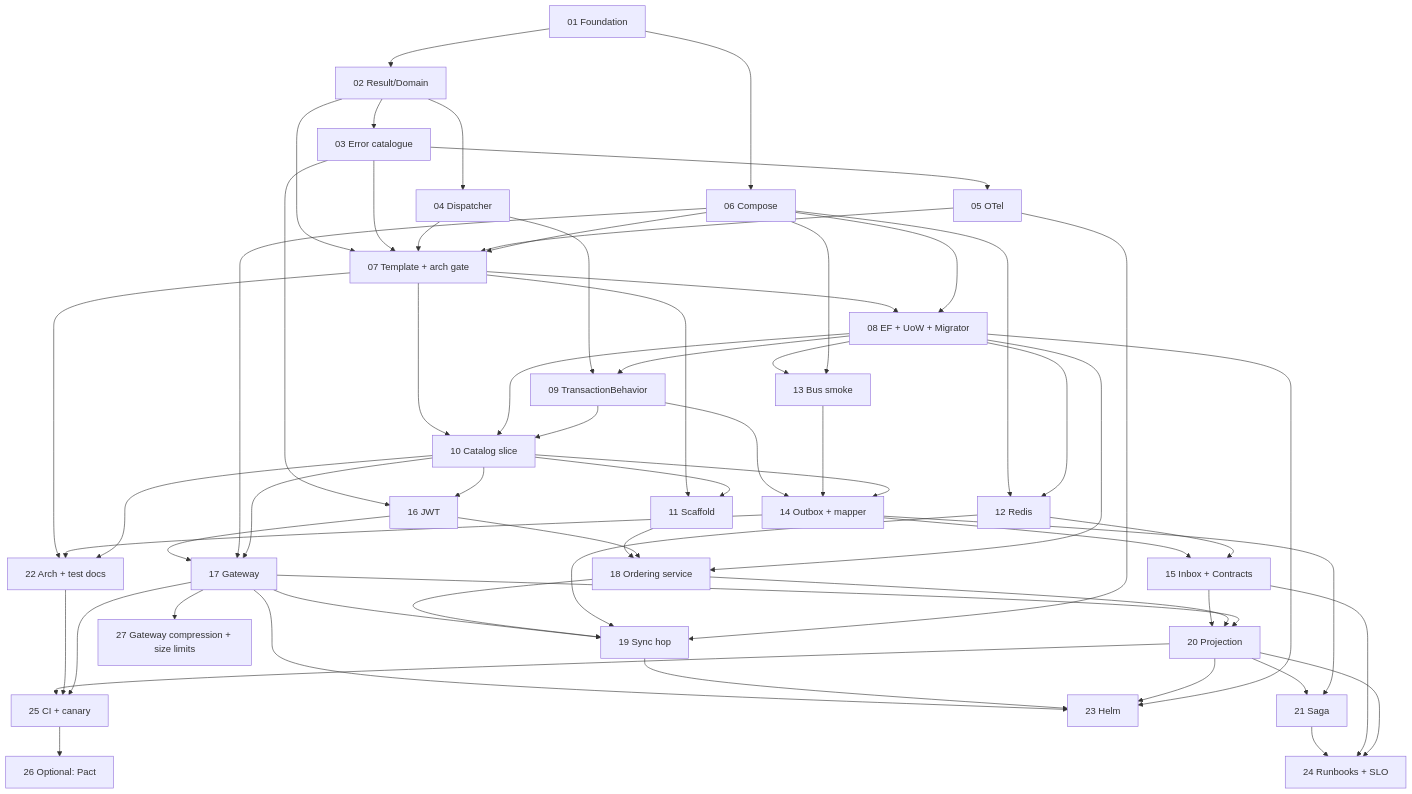
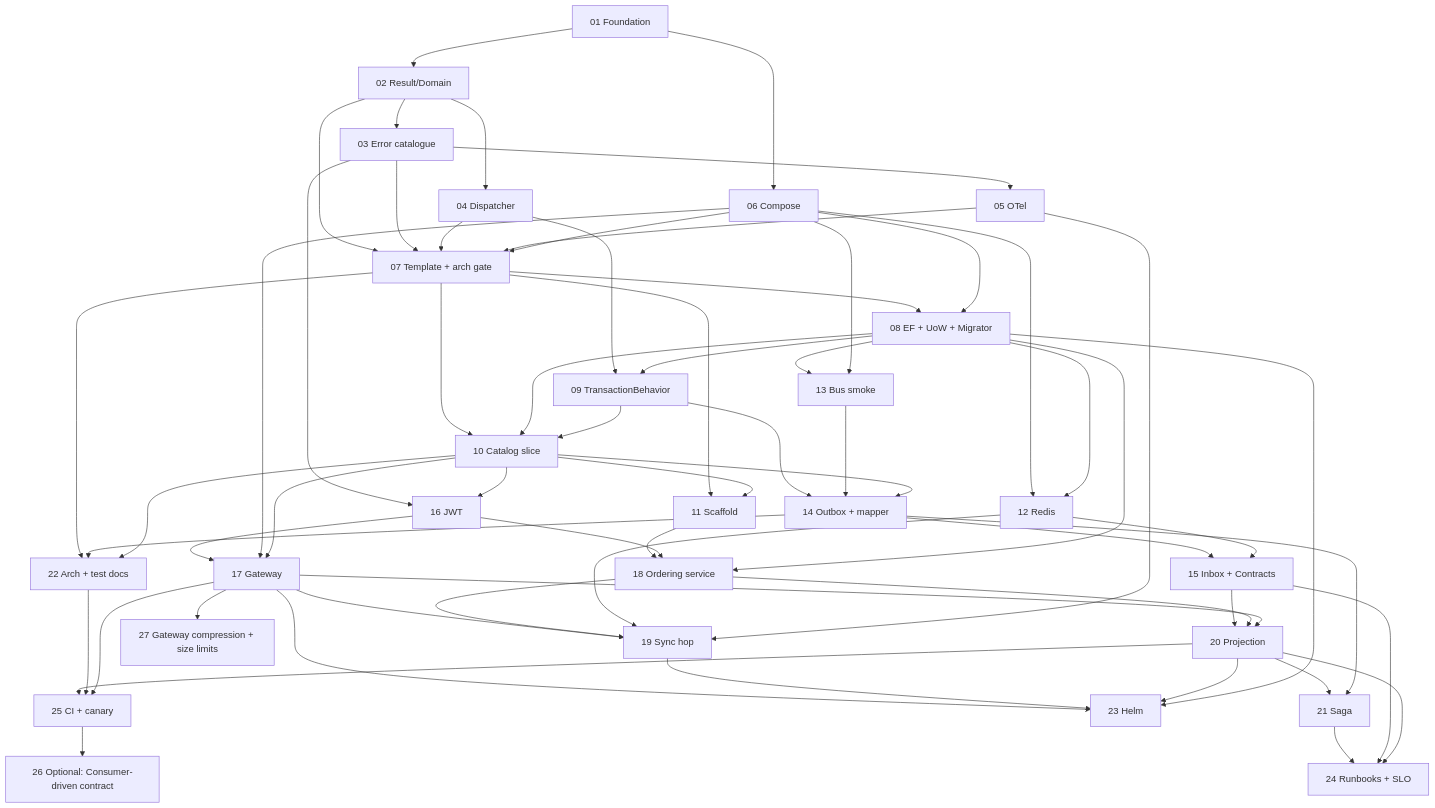
One commit to alexander-shamray/dotnet-ddd-blueprint changed the diagram in docs/backend-architecture/appendix-c-delivery-plan.md. Above: the diagram before and after it, drawn with Mermaid. The commit also changed 3 other files, not shown here.

````diff
--- a/docs/backend-architecture/appendix-c-delivery-plan.md
+++ b/docs/backend-architecture/appendix-c-delivery-plan.md
@@ -114,63 +114,63 @@
 ```mermaid
 flowchart TD
     P01[01 Foundation] --> P02[02 Result/Domain]
     P01 --> P06[06 Compose]
     P02 --> P03[03 Error catalogue]
     P02 --> P04[04 Dispatcher]
     P03 --> P05[05 OTel]
     P02 --> P07[07 Template + arch gate]
     P03 --> P07
     P04 --> P07
     P05 --> P07
     P06 --> P07
     P07 --> P08[08 EF + UoW + Migrator]
     P06 --> P08
     P04 --> P09[09 TransactionBehavior]
     P08 --> P09
     P07 --> P10[10 Catalog slice]
     P08 --> P10
     P09 --> P10
     P07 --> P11[11 Scaffold]
     P10 --> P11
     P06 --> P12[12 Redis]
     P08 --> P12
     P08 --> P13[13 Bus smoke]
     P06 --> P13
     P09 --> P14[14 Outbox + mapper]
     P13 --> P14
     P10 --> P14
     P14 --> P15[15 Inbox + Contracts]
     P12 --> P15
     P03 --> P16[16 JWT]
     P10 --> P16
     P16 --> P17[17 Gateway]
     P06 --> P17
     P10 --> P17
     P11 --> P18[18 Ordering service]
     P16 --> P18
     P08 --> P18
     P17 --> P19[19 Sync hop]
     P18 --> P19
     P12 --> P19
     P05 --> P19
     P15 --> P20[20 Projection]
     P18 --> P20
     P17 --> P20
     P20 --> P21[21 Saga]
     P14 --> P21
     P07 --> P22[22 Arch + test docs]
     P14 --> P22
     P10 --> P22
     P17 --> P23[23 Helm]
     P19 --> P23
     P20 --> P23
     P08 --> P23
     P21 --> P24[24 Runbooks + SLO]
     P15 --> P24
     P20 --> P24
     P20 --> P25[25 CI + canary]
     P22 --> P25
     P17 --> P25
     P17 --> P27[27 Gateway compression + size limits]
-    P25 --> P26[26 Optional: Pact]
+    P25 --> P26[26 Optional: Consumer-driven contract]
 ```
````
